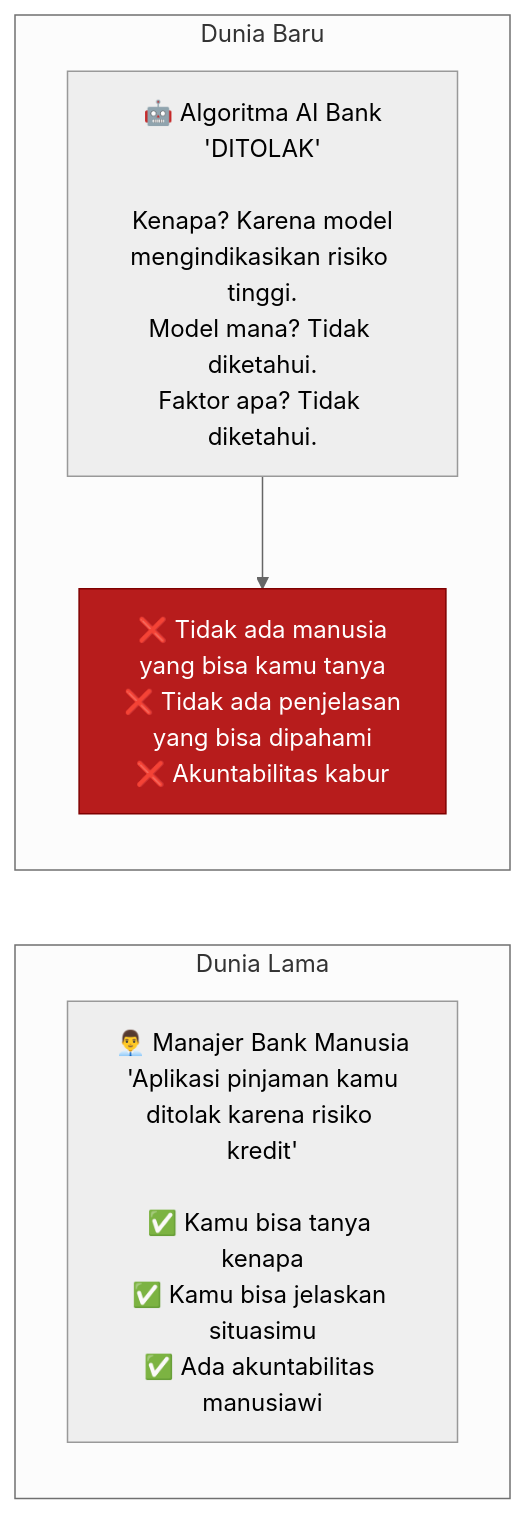
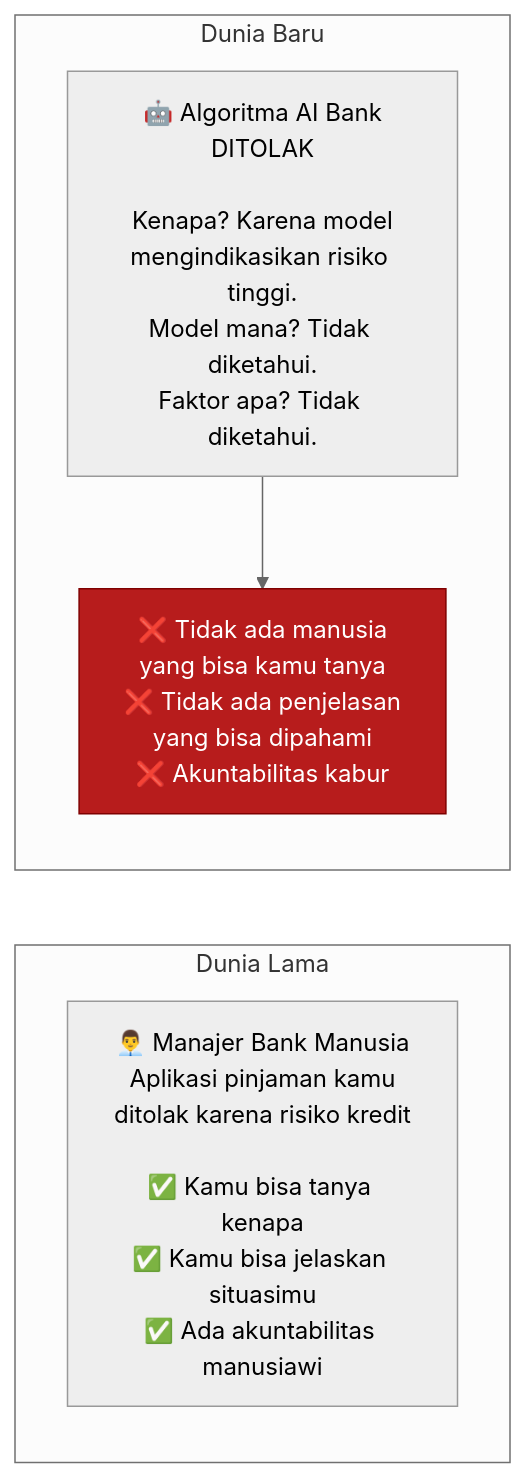
One commit to dwirx/BangunAI-Blog changed the seventh of 11 diagrams in src/content/writing/harari-mengapa-masyarakat-maju-jatuh-dalam-delusi-massal.mdx. Above: the diagram before and after it, drawn with Mermaid (neutral theme). The commit also changed other lines of this file, not shown here.

Commit message:
Fix: hapus escaped quotes dan single quotes di dalam label Mermaid

````diff
--- a/src/content/writing/harari-mengapa-masyarakat-maju-jatuh-dalam-delusi-massal.mdx
+++ b/src/content/writing/harari-mengapa-masyarakat-maju-jatuh-dalam-delusi-massal.mdx
@@ -308,14 +308,14 @@
 ```mermaid
 graph LR
     subgraph DuniaLama["Dunia Lama"]
-        H1["👨‍💼 Manajer Bank Manusia<br/>'Aplikasi pinjaman kamu<br/>ditolak karena risiko kredit'<br/><br/>✅ Kamu bisa tanya kenapa<br/>✅ Kamu bisa jelaskan situasimu<br/>✅ Ada akuntabilitas manusiawi"]
+        H1["👨‍💼 Manajer Bank Manusia<br/>Aplikasi pinjaman kamu<br/>ditolak karena risiko kredit<br/><br/>✅ Kamu bisa tanya kenapa<br/>✅ Kamu bisa jelaskan situasimu<br/>✅ Ada akuntabilitas manusiawi"]
     end
     
     subgraph DuniaBaru["Dunia Baru"]
-        A1["🤖 Algoritma AI Bank<br/>'DITOLAK'<br/><br/>Kenapa? Karena model<br/>mengindikasikan risiko tinggi.<br/>Model mana? Tidak diketahui.<br/>Faktor apa? Tidak diketahui."]
+        A1["🤖 Algoritma AI Bank<br/>DITOLAK<br/><br/>Kenapa? Karena model<br/>mengindikasikan risiko tinggi.<br/>Model mana? Tidak diketahui.<br/>Faktor apa? Tidak diketahui."]
         A2["❌ Tidak ada manusia<br/>yang bisa kamu tanya<br/>❌ Tidak ada penjelasan<br/>yang bisa dipahami<br/>❌ Akuntabilitas kabur"]
         A1 --> A2
     end
     
     style A2 fill:#b71c1c,stroke:#7f0000,color:#fff
 ```
````
